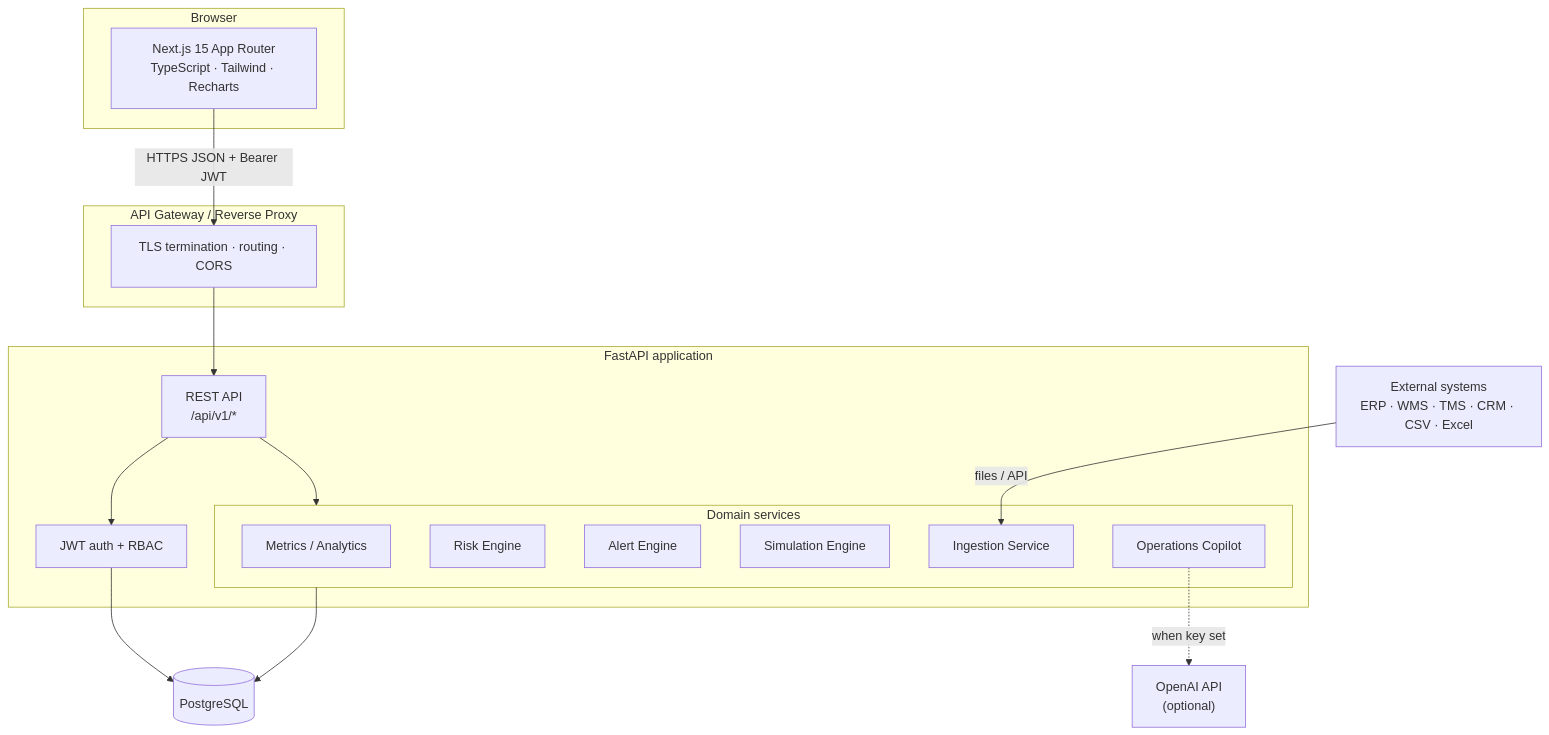
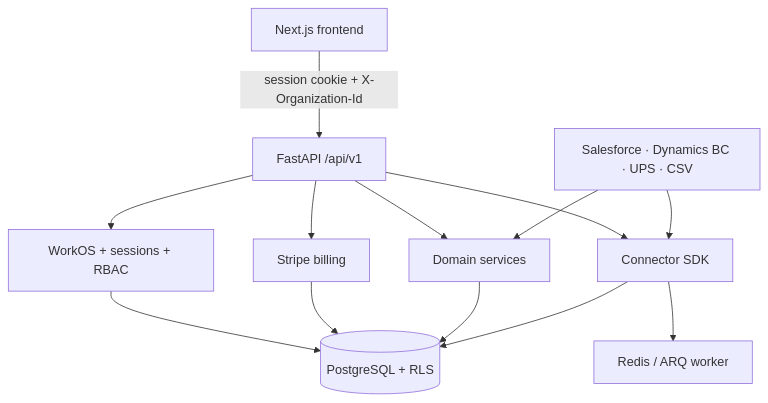
Before and after one commit to arydub-dev/Atlasops: the diagram in ARCHITECTURE.md, drawn with Mermaid. The commit also changed other lines of this file and 352 other files, not shown here.

````diff
--- a/ARCHITECTURE.md
+++ b/ARCHITECTURE.md
@@ -21,35 +17,15 @@
 ```mermaid
 flowchart TB
-    subgraph Client["Browser"]
-        UI["Next.js 15 App Router<br/>TypeScript · Tailwind · Recharts"]
-    end
-
-    subgraph Edge["API Gateway / Reverse Proxy"]
-        GW["TLS termination · routing · CORS"]
-    end
-
-    subgraph Backend["FastAPI application"]
-        API["REST API<br/>/api/v1/*"]
-        AUTH["JWT auth + RBAC"]
-        subgraph Services["Domain services"]
-            METRICS["Metrics / Analytics"]
-            RISK["Risk Engine"]
-            ALERT["Alert Engine"]
-            SIM["Simulation Engine"]
-            INGEST["Ingestion Service"]
-            AI["Operations Copilot"]
-        end
-    end
-
-    DB[("PostgreSQL")]
-    OPENAI["OpenAI API<br/>(optional)"]
-    EXT["External systems<br/>ERP · WMS · TMS · CRM · CSV · Excel"]
-
-    UI -->|HTTPS JSON + Bearer JWT| GW --> API
-    API --> AUTH
-    API --> Services
-    Services --> DB
-    AUTH --> DB
-    EXT -->|files / API| INGEST
-    AI -.->|when key set| OPENAI
+    UI["Next.js frontend"] -->|session cookie + X-Organization-Id| API["FastAPI /api/v1"]
+    API --> AUTH["WorkOS + sessions + RBAC"]
+    API --> BILL["Stripe billing"]
+    API --> CONN["Connector SDK"]
+    API --> SVC["Domain services"]
+    CONN --> REDIS["Redis / ARQ worker"]
+    AUTH --> DB[("PostgreSQL + RLS")]
+    BILL --> DB
+    SVC --> DB
+    CONN --> DB
+    EXT["Salesforce · Dynamics BC · UPS · CSV"] --> CONN
+    EXT --> SVC
 ```
````
